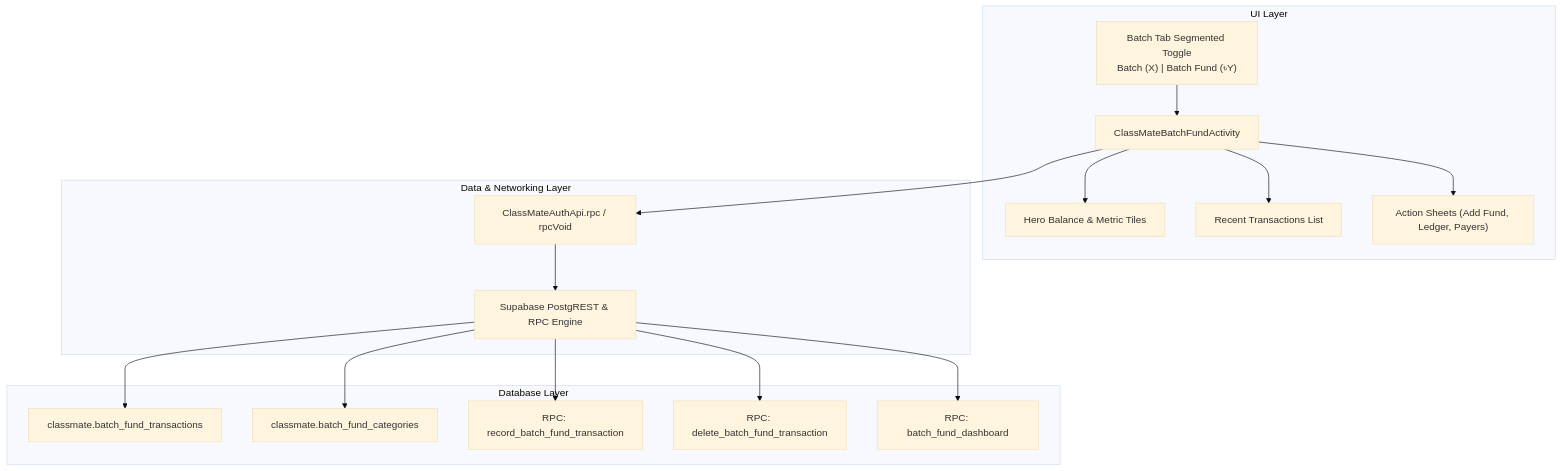
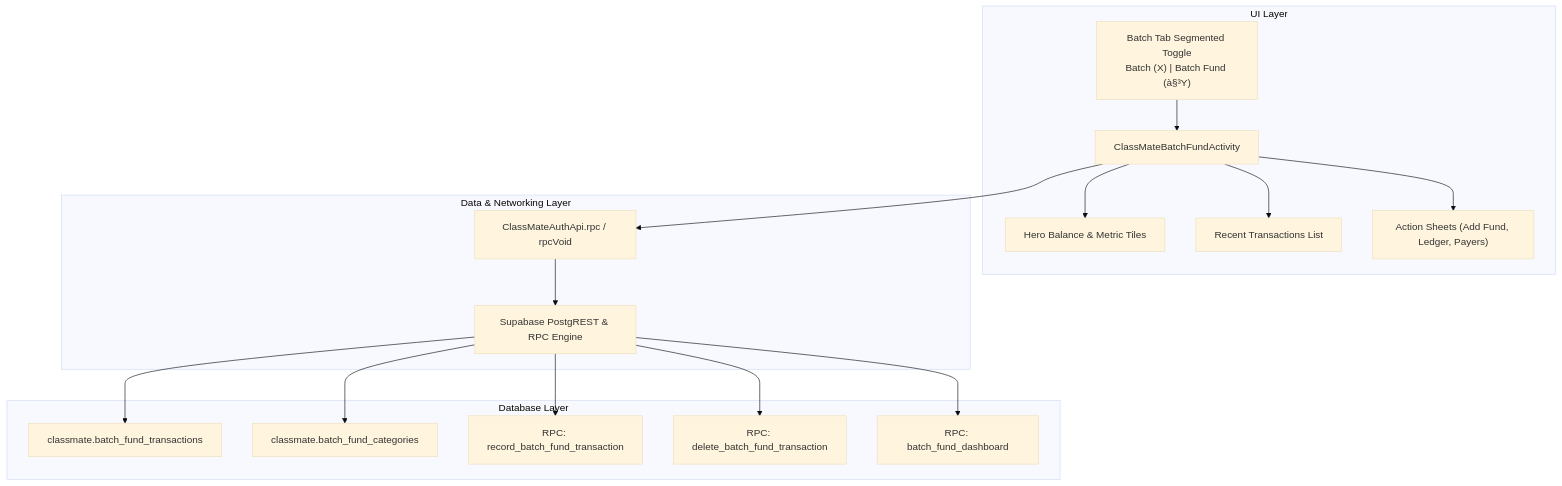
The first of 9 diagrams in classmate-memory.md (shuaibuddowla/ClassMate), drawn with Mermaid (base theme) before and after one commit. The commit also changed other lines of this file and 16 other files, not shown here.

````diff
--- a/classmate-memory.md
+++ b/classmate-memory.md
@@ -453,22 +452,22 @@
 ```mermaid
 flowchart TD
     subgraph UI Layer
-        A["Batch Tab Segmented Toggle<br>Batch (X) | Batch Fund (৳Y)"] --> B[ClassMateBatchFundActivity]
+        A["Batch Tab Segmented Toggle<br>Batch (X) | Batch Fund (à§³Y)"] --> B[ClassMateBatchFundActivity]
         B --> C[Hero Balance & Metric Tiles]
         B --> D[Recent Transactions List]
         B --> E["Action Sheets (Add Fund, Ledger, Payers)"]
     end
 
     subgraph Data & Networking Layer
         B --> F["ClassMateAuthApi.rpc / rpcVoid"]
         F --> G["Supabase PostgREST & RPC Engine"]
     end
 
     subgraph Database Layer
         G --> H["classmate.batch_fund_transactions"]
         G --> I["classmate.batch_fund_categories"]
         G --> J["RPC: record_batch_fund_transaction"]
         G --> K["RPC: delete_batch_fund_transaction"]
         G --> L["RPC: batch_fund_dashboard"]
     end
 ```
````
